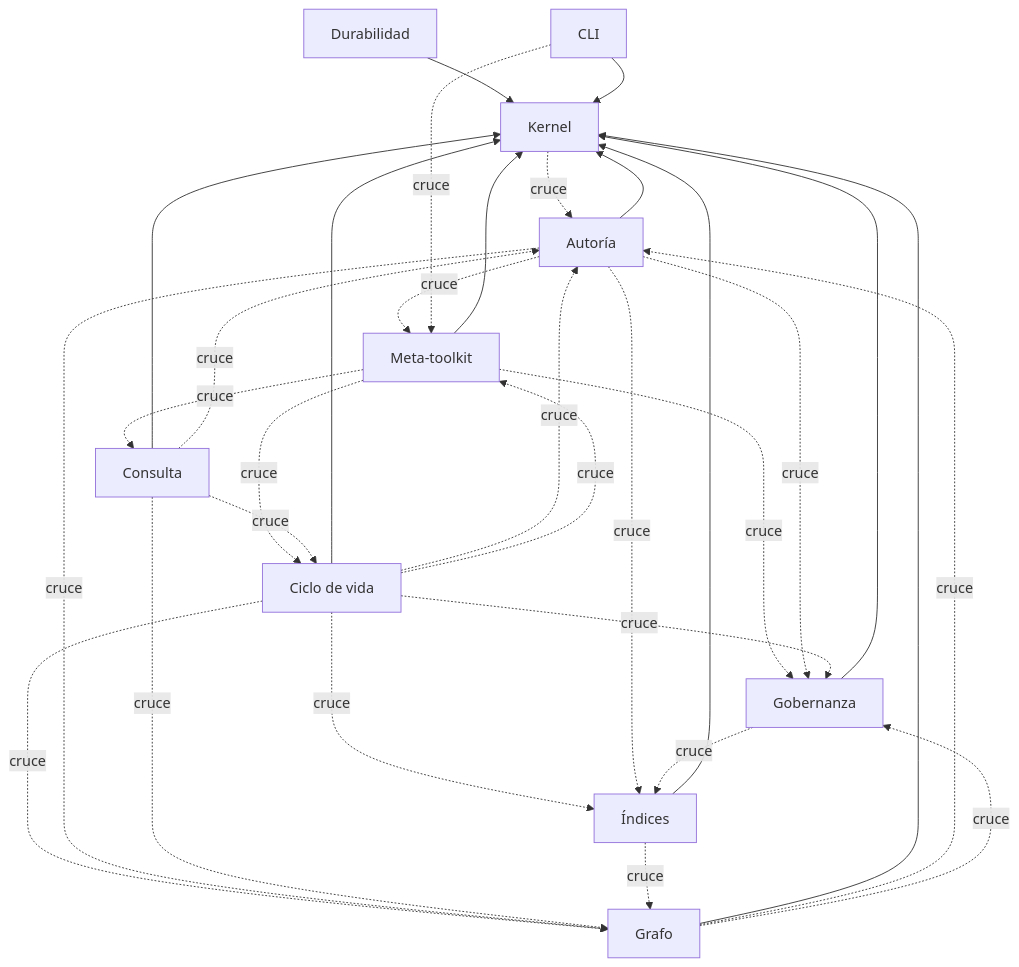
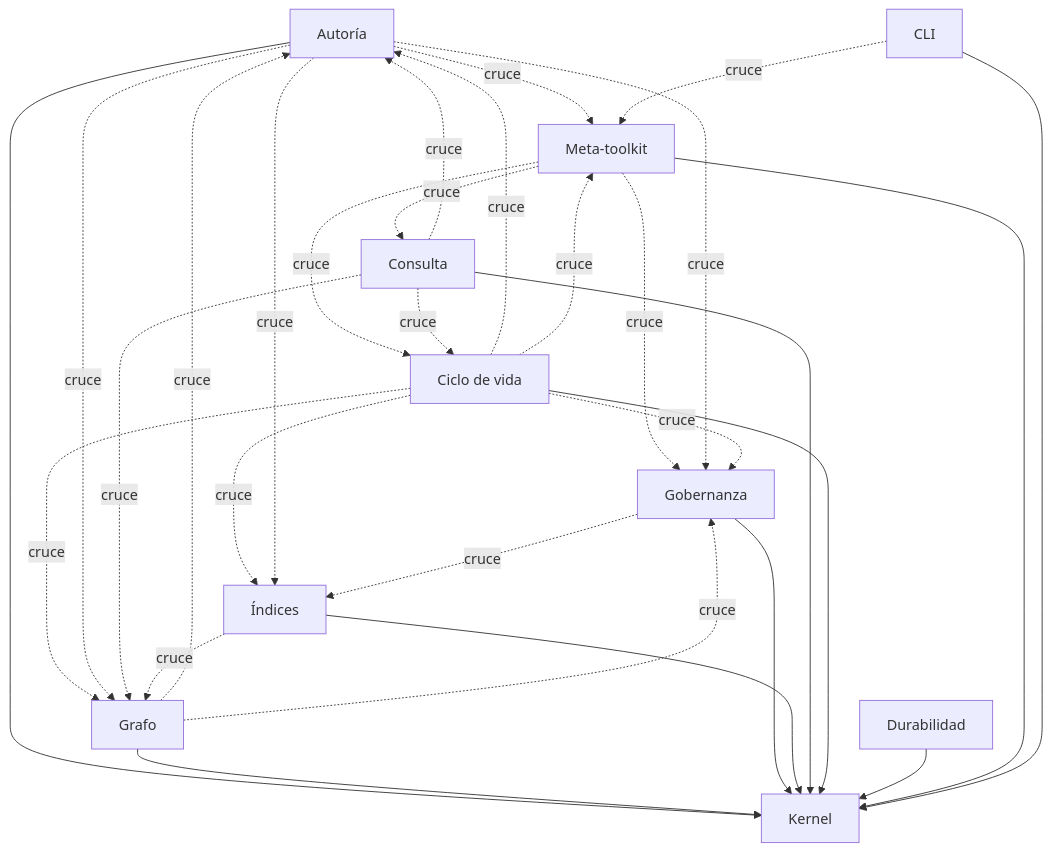
Before and after one commit to devcicm/Vault-Obsidian-Architecture: the diagram in docs/ARQUITECTURA.md, drawn with Mermaid. The commit also changed other lines of this file and 25 other files, not shown here.

````diff
--- a/docs/ARQUITECTURA.md
+++ b/docs/ARQUITECTURA.md
@@ -17,43 +17,42 @@
 ```mermaid
 graph TD
     kernel["Kernel"]
     autoria["Autoría"]
     grafo["Grafo"]
     gobernanza["Gobernanza"]
     indices["Índices"]
     consulta["Consulta"]
     ciclo_de_vida["Ciclo de vida"]
     durabilidad["Durabilidad"]
     meta_toolkit["Meta-toolkit"]
     cli["CLI"]
     autoria --> kernel
     grafo --> kernel
     gobernanza --> kernel
     indices --> kernel
     consulta --> kernel
     ciclo_de_vida --> kernel
     durabilidad --> kernel
     meta_toolkit --> kernel
     cli --> kernel
     meta_toolkit -.->|cruce| gobernanza
     autoria -.->|cruce| gobernanza
     grafo -.->|cruce| autoria
     consulta -.->|cruce| autoria
-    kernel -.->|cruce| autoria
     ciclo_de_vida -.->|cruce| indices
     ciclo_de_vida -.->|cruce| autoria
     ciclo_de_vida -.->|cruce| grafo
     ciclo_de_vida -.->|cruce| gobernanza
     meta_toolkit -.->|cruce| ciclo_de_vida
     ciclo_de_vida -.->|cruce| meta_toolkit
     autoria -.->|cruce| meta_toolkit
     autoria -.->|cruce| indices
     cli -.->|cruce| meta_toolkit
     autoria -.->|cruce| grafo
     consulta -.->|cruce| ciclo_de_vida
     consulta -.->|cruce| grafo
     gobernanza -.->|cruce| indices
     grafo -.->|cruce| gobernanza
     indices -.->|cruce| grafo
     meta_toolkit -.->|cruce| consulta
 ```
````
